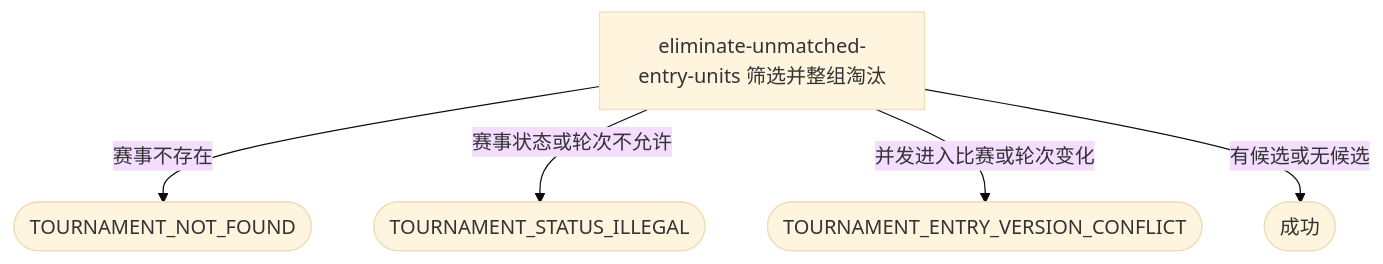
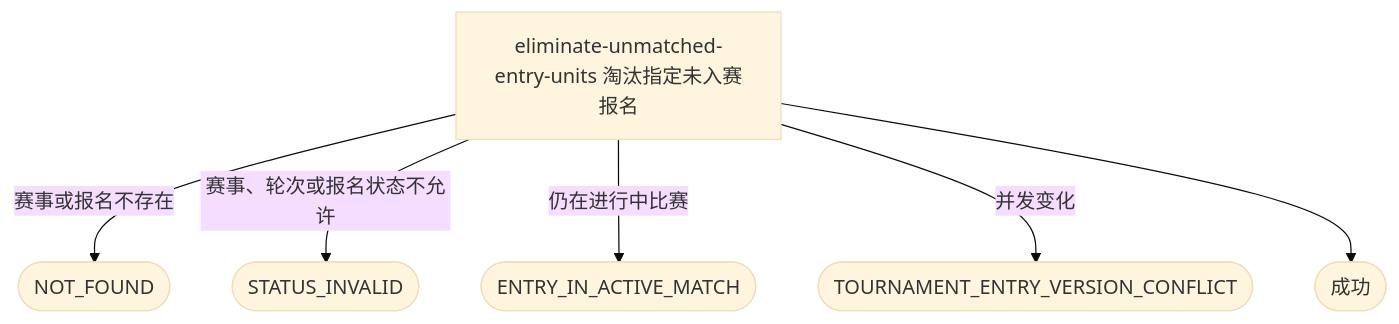
One commit to chxt100016/Rally changed the diagram in blueprint/spec/tournament/unmatched-entry-elimination/eliminate-unmatched-entries.md. Above: the diagram before and after it, drawn with Mermaid (base theme). The commit also changed other lines of this file and 46 other files, not shown here.

````diff
--- a/blueprint/spec/tournament/unmatched-entry-elimination/eliminate-unmatched-entries.md
+++ b/blueprint/spec/tournament/unmatched-entry-elimination/eliminate-unmatched-entries.md
@@ -33,7 +34,9 @@
 ```mermaid
 flowchart TD
-    A[eliminate-unmatched-entry-units 筛选并整组淘汰] -->|赛事不存在| F1([TOURNAMENT_NOT_FOUND])
-    A -->|赛事状态或轮次不允许| F2([TOURNAMENT_STATUS_ILLEGAL])
-    A -->|并发进入比赛或轮次变化| F3([TOURNAMENT_ENTRY_VERSION_CONFLICT])
-    A -->|有候选或无候选| S([成功])
+    A[eliminate-unmatched-entry-units 淘汰指定未入赛报名]
+    A -->|赛事或报名不存在| F1([NOT_FOUND])
+    A -->|赛事、轮次或报名状态不允许| F2([STATUS_INVALID])
+    A -->|仍在进行中比赛| F3([ENTRY_IN_ACTIVE_MATCH])
+    A -->|并发变化| F4([TOURNAMENT_ENTRY_VERSION_CONFLICT])
+    A --> S([成功])
 ```
````
